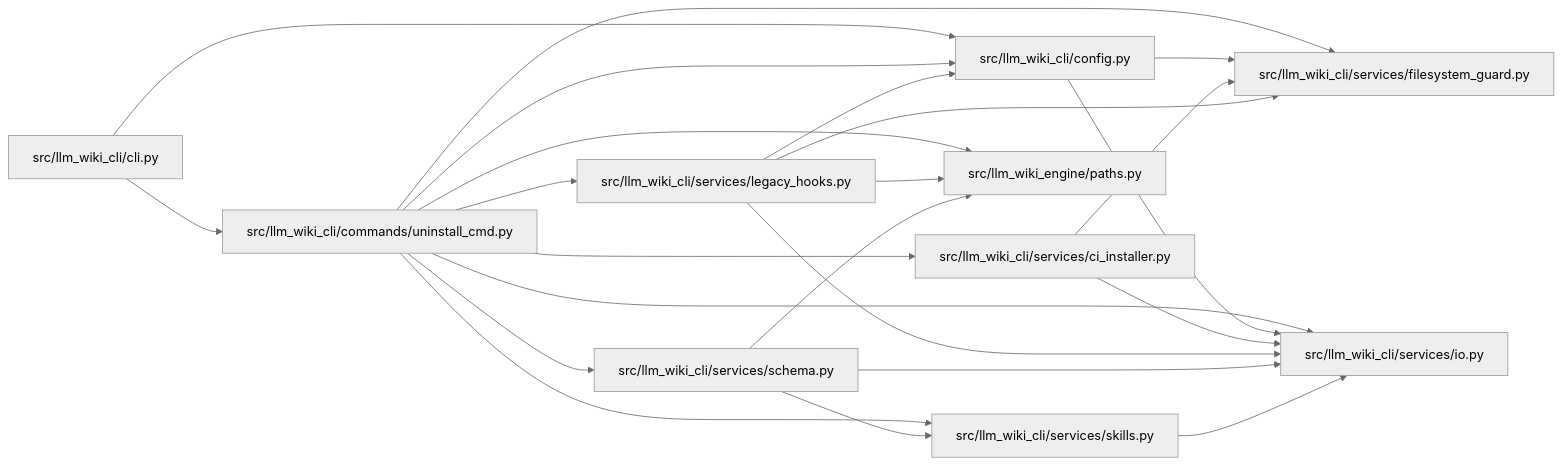
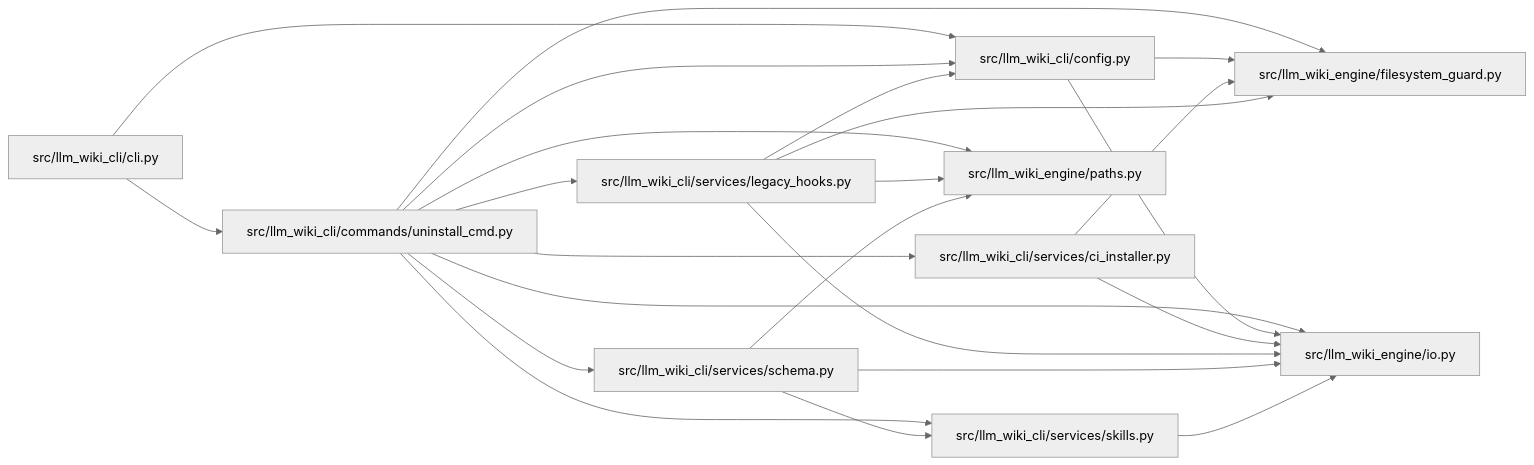
The diagram in docs/llm_wiki/modules/uninstall_cmd.md (Denissvgn/python-wiki-llm), drawn with Mermaid (neutral theme) before and after one commit. The commit also changed other lines of this file and 739 other files, not shown here.

First line of the commit message:
docs: refresh the wiki for the second engine batch

````diff
--- a/docs/llm_wiki/modules/uninstall_cmd.md
+++ b/docs/llm_wiki/modules/uninstall_cmd.md
@@ -31,45 +31,45 @@
 ```mermaid
 flowchart LR
     n0["src/llm_wiki_cli/cli.py"]
     n1["src/llm_wiki_cli/commands/uninstall_cmd.py"]
     n2["src/llm_wiki_cli/config.py"]
     n3["src/llm_wiki_cli/services/ci_installer.py"]
-    n4["src/llm_wiki_cli/services/filesystem_guard.py"]
-    n5["src/llm_wiki_cli/services/io.py"]
-    n6["src/llm_wiki_cli/services/legacy_hooks.py"]
-    n7["src/llm_wiki_cli/services/schema.py"]
-    n8["src/llm_wiki_cli/services/skills.py"]
+    n4["src/llm_wiki_cli/services/legacy_hooks.py"]
+    n5["src/llm_wiki_cli/services/schema.py"]
+    n6["src/llm_wiki_cli/services/skills.py"]
+    n7["src/llm_wiki_engine/filesystem_guard.py"]
+    n8["src/llm_wiki_engine/io.py"]
     n9["src/llm_wiki_engine/paths.py"]
     n0 --> n1
     n0 --> n2
     n1 --> n2
     n1 --> n3
     n1 --> n4
     n1 --> n5
     n1 --> n6
     n1 --> n7
     n1 --> n8
     n1 --> n9
-    n2 --> n4
-    n2 --> n5
-    n3 --> n4
-    n3 --> n5
-    n6 --> n2
-    n6 --> n4
-    n6 --> n5
-    n6 --> n9
-    n7 --> n5
-    n7 --> n8
-    n7 --> n9
-    n8 --> n5
+    n2 --> n7
+    n2 --> n8
+    n3 --> n7
+    n3 --> n8
+    n4 --> n2
+    n4 --> n7
+    n4 --> n8
+    n4 --> n9
+    n5 --> n6
+    n5 --> n8
+    n5 --> n9
+    n6 --> n8
     click n0 "../modules/cli.md"
     click n1 "../modules/uninstall_cmd.md"
     click n2 "../modules/config.md"
     click n3 "../modules/ci_installer.md"
-    click n4 "../modules/filesystem_guard.md"
-    click n5 "../modules/io.md"
-    click n6 "../modules/legacy_hooks.md"
-    click n7 "../modules/services_schema.md"
-    click n8 "../modules/skills.md"
+    click n4 "../modules/legacy_hooks.md"
+    click n5 "../modules/services_schema.md"
+    click n6 "../modules/skills.md"
+    click n7 "../modules/filesystem_guard.md"
+    click n8 "../modules/io.md"
     click n9 "../modules/paths.md"
 ```
````
